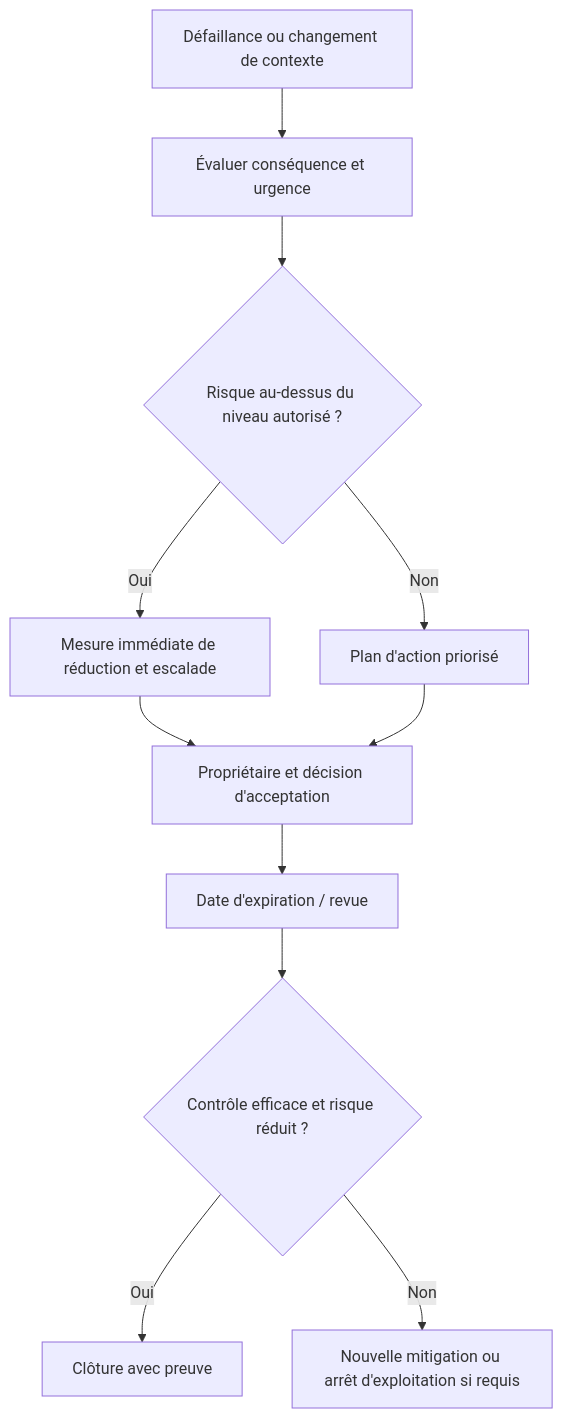
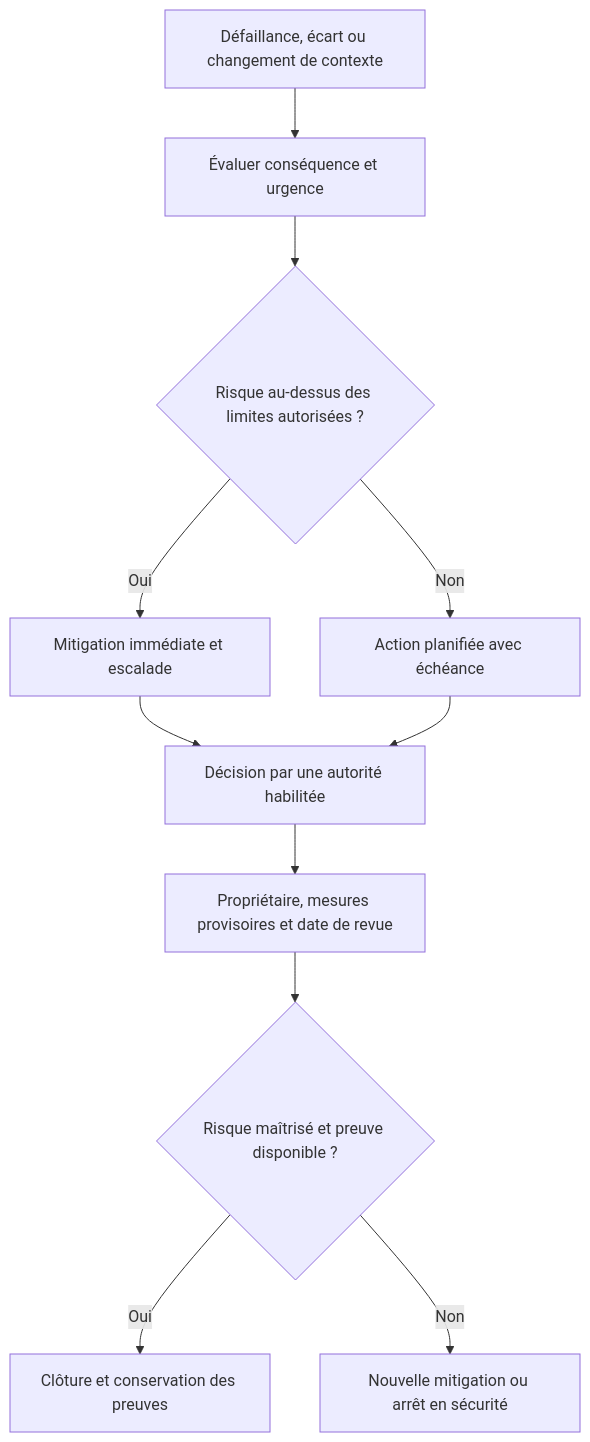
One commit to biggyseven/Skill-Tree changed the sixth of 16 diagrams in content/lessons/maint-strategie-expert.md. Above: the diagram before and after it, drawn with Mermaid. The commit also changed other lines of this file, not shown here.

```diff
--- a/content/lessons/maint-strategie-expert.md
+++ b/content/lessons/maint-strategie-expert.md
@@ -125,13 +123,13 @@
 ~~~mermaid
 flowchart TD
-  A["Défaillance ou changement de contexte"] --> B["Évaluer conséquence et urgence"]
-  B --> C{"Risque au-dessus du niveau autorisé ?"}
-  C -- "Oui" --> D["Mesure immédiate de réduction et escalade"]
-  C -- "Non" --> E["Plan d'action priorisé"]
-  D --> F["Propriétaire et décision d'acceptation"]
+  A["Défaillance, écart ou changement de contexte"] --> B["Évaluer conséquence et urgence"]
+  B --> C{"Risque au-dessus des limites autorisées ?"}
+  C -- "Oui" --> D["Mitigation immédiate et escalade"]
+  C -- "Non" --> E["Action planifiée avec échéance"]
+  D --> F["Décision par une autorité habilitée"]
   E --> F
-  F --> G["Date d'expiration / revue"]
-  G --> H{"Contrôle efficace et risque réduit ?"}
-  H -- "Oui" --> I["Clôture avec preuve"]
-  H -- "Non" --> J["Nouvelle mitigation ou arrêt d'exploitation si requis"]
+  F --> G["Propriétaire, mesures provisoires et date de revue"]
+  G --> H{"Risque maîtrisé et preuve disponible ?"}
+  H -- "Oui" --> I["Clôture et conservation des preuves"]
+  H -- "Non" --> J["Nouvelle mitigation ou arrêt en sécurité"]
 ~~~
```
